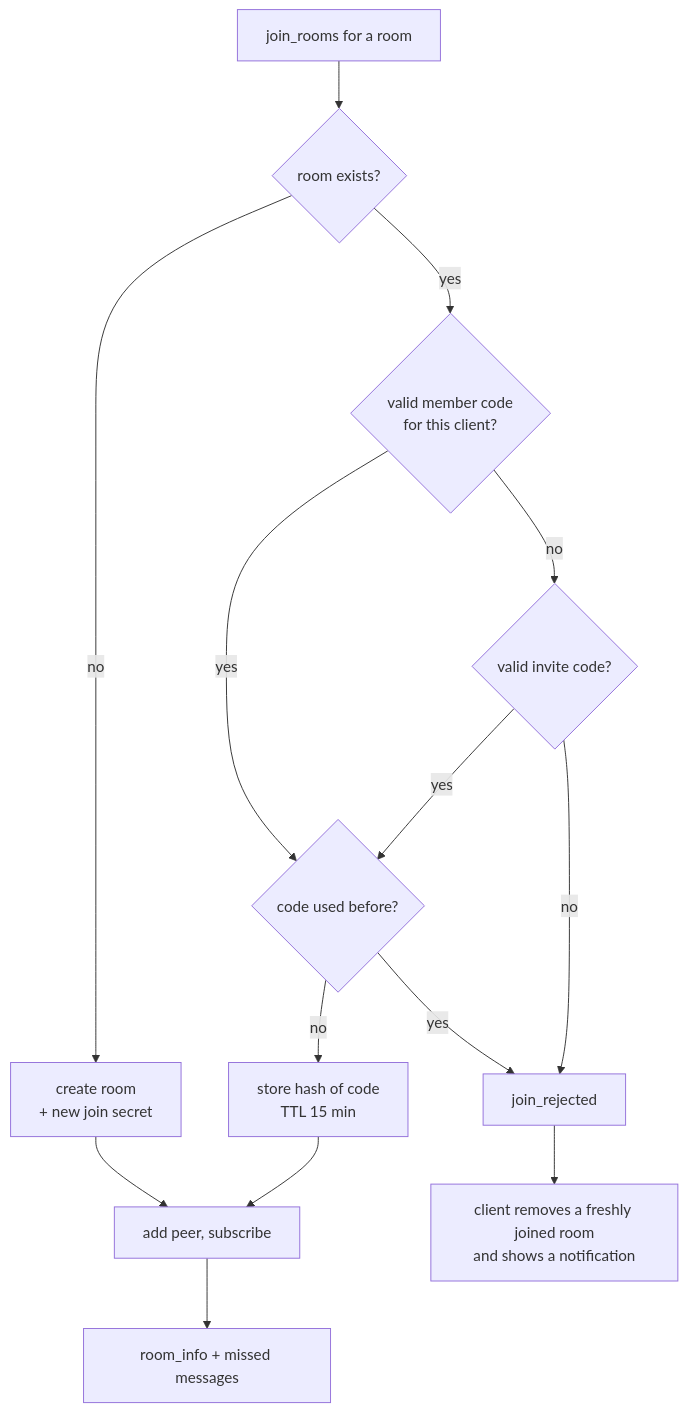
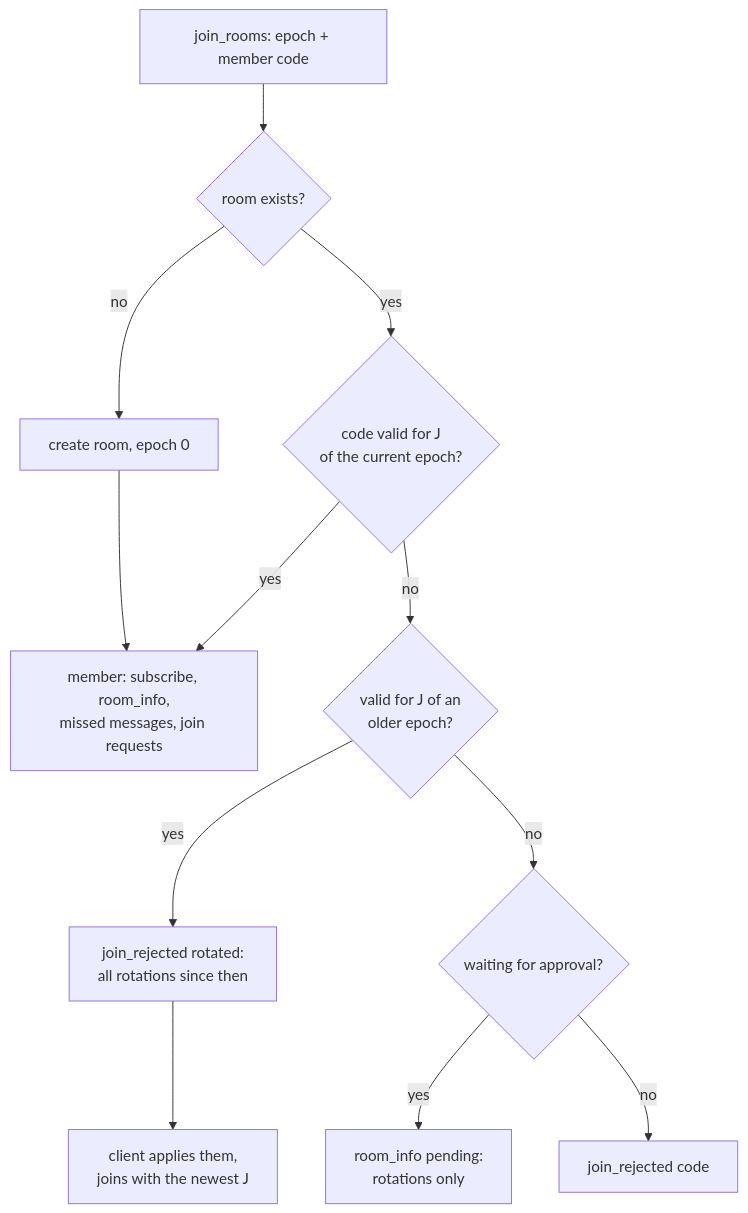
Before and after one commit to benonidev/chatbit: the third of 4 diagrams in README.md, drawn with Mermaid. The commit also changed other lines of this file and 59 other files, not shown here.

````diff
--- a/README.md
+++ b/README.md
@@ -127,15 +167,12 @@
 ```mermaid
 flowchart TD
-    J[join_rooms for a room] --> E{room exists?}
-    E -->|no| C[create room<br/>+ new join secret]
-    C --> OK
-    E -->|yes| M{valid member code<br/>for this client?}
-    M -->|yes| U{code used before?}
-    M -->|no| I{valid invite code?}
-    I -->|yes| U
-    I -->|no| R
-    U -->|no| MARK[store hash of code<br/>TTL 15 min] --> OK
-    U -->|yes| R
-    OK[add peer, subscribe] --> INFO[room_info + missed messages]
-    R[join_rejected] --> N[client removes a freshly joined room<br/>and shows a notification]
+    J[join_rooms: epoch + member code] --> E{room exists?}
+    E -->|no| C[create room, epoch 0] --> OK
+    E -->|yes| M{code valid for J<br/>of the current epoch?}
+    M -->|yes| OK[member: subscribe, room_info,<br/>missed messages, join requests]
+    M -->|no| O{valid for J of an<br/>older epoch?}
+    O -->|yes| CU[join_rejected rotated:<br/>all rotations since then] --> AGAIN[client applies them,<br/>joins with the newest J]
+    O -->|no| P{waiting for approval?}
+    P -->|yes| PEND[room_info pending:<br/>rotations only]
+    P -->|no| R[join_rejected code]
 ```
````
